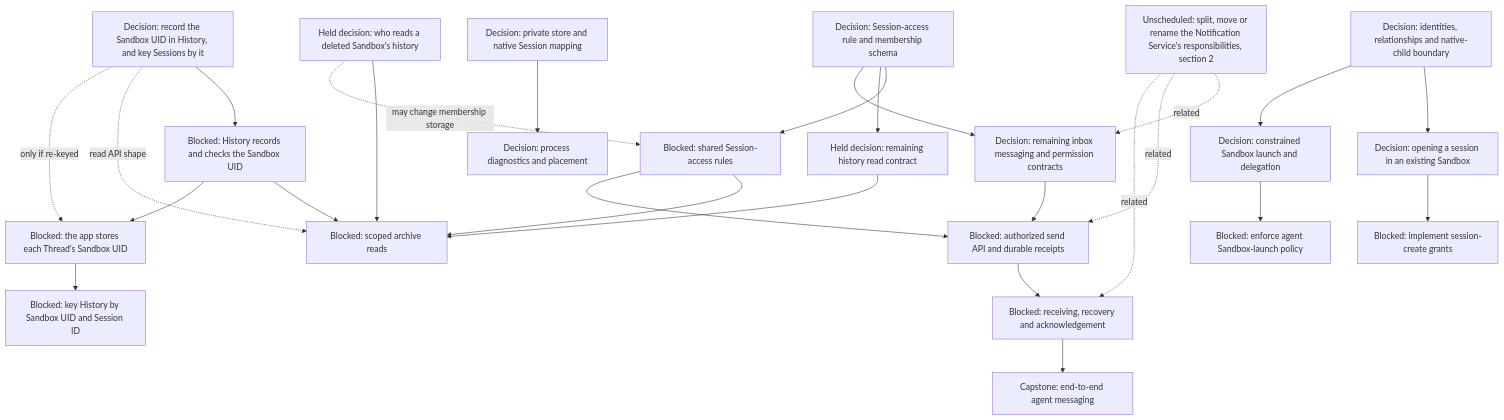
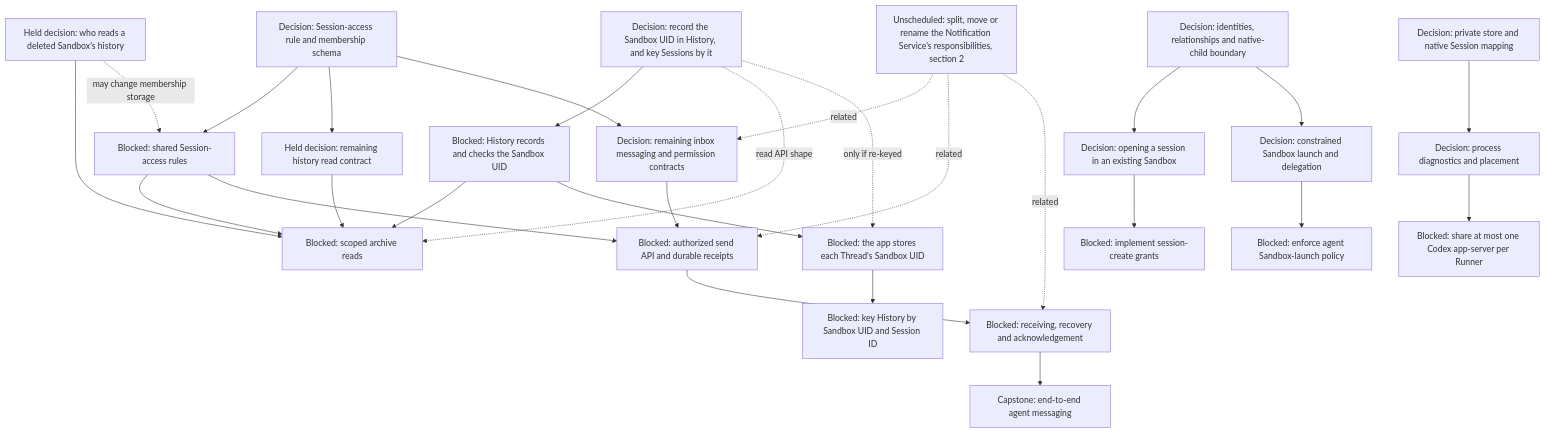
One commit to agentydragon/ducktape changed the fifth of 16 diagrams in agentplane/plans/task_dag.md. Above: the diagram before and after it, drawn with Mermaid. The commit also changed other lines of this file, not shown here.

Commit message:
docs(agentplane): plan shared Codex app-server per runner

````diff
--- a/agentplane/plans/task_dag.md
+++ b/agentplane/plans/task_dag.md
@@ -250,48 +250,49 @@
 ```mermaid
 flowchart TD
     MULTIAGENT_MODEL[Decision: identities, relationships and native-child boundary]
     SESSION_ACCESS_RULES_DESIGN[Decision: Session-access rule and membership schema]
     SESSION_ACCESS_RULES[Blocked: shared Session-access rules]
     THREAD_READ_POLICY_DESIGN[Held decision: remaining history read contract]
     HISTORY_ACCESS_AFTER_DELETION[Held decision: who reads a deleted Sandbox's history]
     THREAD_READ_POLICY[Blocked: scoped archive reads]
     HISTORY_SESSION_KEY_DESIGN[Decision: record the Sandbox UID in History, and key Sessions by it]
     HISTORY_SANDBOX_UID[Blocked: History records and checks the Sandbox UID]
     APP_THREAD_SANDBOX_UID[Blocked: the app stores each Thread's Sandbox UID]
     HISTORY_SESSION_REKEY[Blocked: key History by Sandbox UID and Session ID]
     AGENT_MESSAGING_DESIGN[Decision: remaining inbox messaging and permission contracts]
     AGENT_MESSAGE_INGRESS[Blocked: authorized send API and durable receipts]
     AGENT_MESSAGE_RECEPTION[Blocked: receiving, recovery and acknowledgement]
     AGENT_MESSAGING[Capstone: end-to-end agent messaging]
     THREAD_CREATE_POLICY[Decision: opening a session in an existing Sandbox]
     THREAD_CREATE_AUTHORIZATION[Blocked: implement session-create grants]
     AGENT_LAUNCH_POLICY_DESIGN[Decision: constrained Sandbox launch and delegation]
     AGENT_SANDBOX_LAUNCH[Blocked: enforce agent Sandbox-launch policy]
     MULTIAGENT_MODEL --> THREAD_CREATE_POLICY
     MULTIAGENT_MODEL --> AGENT_LAUNCH_POLICY_DESIGN
     SESSION_ACCESS_RULES_DESIGN --> SESSION_ACCESS_RULES
     SESSION_ACCESS_RULES_DESIGN --> THREAD_READ_POLICY_DESIGN
     SESSION_ACCESS_RULES_DESIGN --> AGENT_MESSAGING_DESIGN
     THREAD_READ_POLICY_DESIGN --> THREAD_READ_POLICY
     HISTORY_ACCESS_AFTER_DELETION --> THREAD_READ_POLICY
     HISTORY_ACCESS_AFTER_DELETION -. may change membership storage .-> SESSION_ACCESS_RULES
     SESSION_ACCESS_RULES --> THREAD_READ_POLICY
     HISTORY_SESSION_KEY_DESIGN --> HISTORY_SANDBOX_UID
     HISTORY_SESSION_KEY_DESIGN -. read API shape .-> THREAD_READ_POLICY
     HISTORY_SESSION_KEY_DESIGN -. only if re-keyed .-> APP_THREAD_SANDBOX_UID
     HISTORY_SANDBOX_UID --> THREAD_READ_POLICY
     HISTORY_SANDBOX_UID --> APP_THREAD_SANDBOX_UID
     APP_THREAD_SANDBOX_UID --> HISTORY_SESSION_REKEY
     SESSION_ACCESS_RULES --> AGENT_MESSAGE_INGRESS
     AGENT_MESSAGING_DESIGN --> AGENT_MESSAGE_INGRESS
     AGENT_MESSAGE_INGRESS --> AGENT_MESSAGE_RECEPTION
     NOTIFICATION_SERVICE_SPLIT[Unscheduled: split, move or rename the Notification Service's responsibilities, section 2] -. related .-> AGENT_MESSAGING_DESIGN
     NOTIFICATION_SERVICE_SPLIT -. related .-> AGENT_MESSAGE_INGRESS
     NOTIFICATION_SERVICE_SPLIT -. related .-> AGENT_MESSAGE_RECEPTION
     AGENT_MESSAGE_RECEPTION --> AGENT_MESSAGING
     THREAD_CREATE_POLICY --> THREAD_CREATE_AUTHORIZATION
     AGENT_LAUNCH_POLICY_DESIGN --> AGENT_SANDBOX_LAUNCH
     RUNNER_HARNESS_OBJECTS_DESIGN[Decision: process diagnostics and placement]
     HARNESS_IDENTITY_DESIGN[Decision: private store and native Session mapping]
     HARNESS_IDENTITY_DESIGN --> RUNNER_HARNESS_OBJECTS_DESIGN
+    RUNNER_HARNESS_OBJECTS_DESIGN --> RUNNER_CODEX_SHARED_PROCESS[Blocked: share at most one Codex app-server per Runner]
 ```
````
